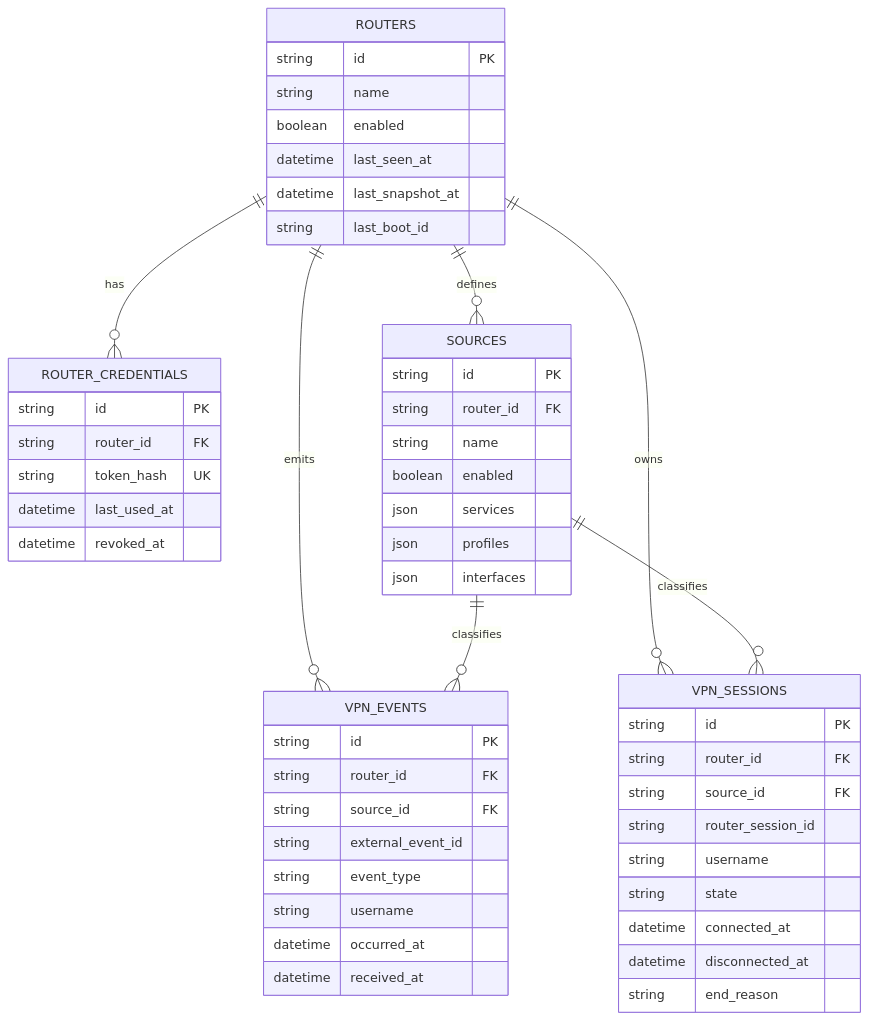
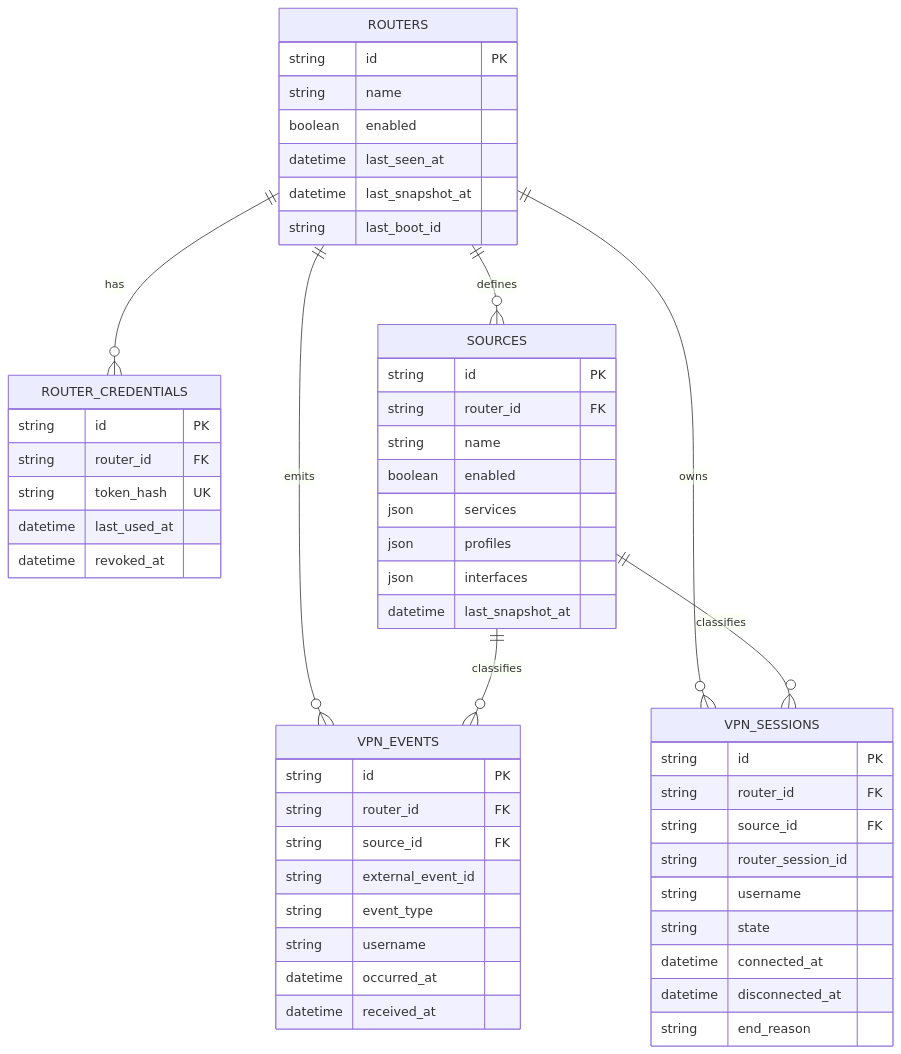
The diagram in docs/persistence-model.md (diogowermann/MikroTik-VPN-Monitor), drawn with Mermaid before and after one commit. The commit also changed other lines of this file and 10 other files, not shown here.

````diff
--- a/docs/persistence-model.md
+++ b/docs/persistence-model.md
@@ -18,59 +18,60 @@
 ```mermaid
 erDiagram
     ROUTERS ||--o{ ROUTER_CREDENTIALS : has
     ROUTERS ||--o{ SOURCES : defines
     ROUTERS ||--o{ VPN_EVENTS : emits
     ROUTERS ||--o{ VPN_SESSIONS : owns
     SOURCES ||--o{ VPN_EVENTS : classifies
     SOURCES ||--o{ VPN_SESSIONS : classifies
 
     ROUTERS {
         string id PK
         string name
         boolean enabled
         datetime last_seen_at
         datetime last_snapshot_at
         string last_boot_id
     }
 
     ROUTER_CREDENTIALS {
         string id PK
         string router_id FK
         string token_hash UK
         datetime last_used_at
         datetime revoked_at
     }
 
     SOURCES {
         string id PK
         string router_id FK
         string name
         boolean enabled
         json services
         json profiles
         json interfaces
+        datetime last_snapshot_at
     }
 
     VPN_EVENTS {
         string id PK
         string router_id FK
         string source_id FK
         string external_event_id
         string event_type
         string username
         datetime occurred_at
         datetime received_at
     }
 
     VPN_SESSIONS {
         string id PK
         string router_id FK
         string source_id FK
         string router_session_id
         string username
         string state
         datetime connected_at
         datetime disconnected_at
         string end_reason
     }
 ```
````
